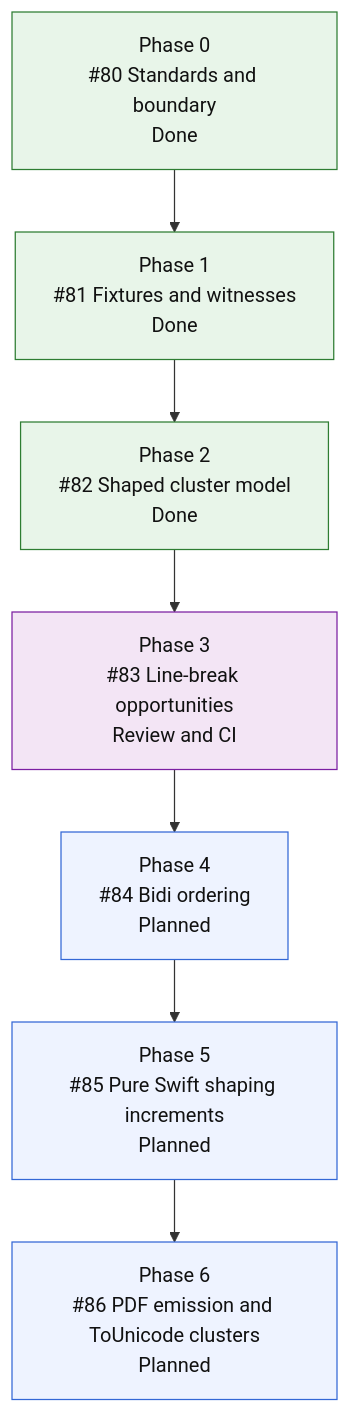
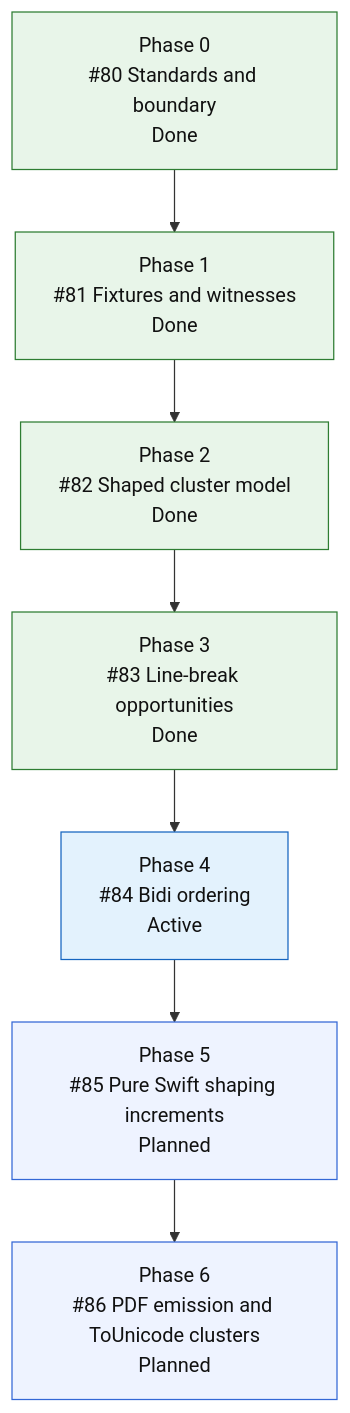
Before and after one commit to mihaelamj/MarkdownPDF: the fourth of 4 diagrams in README.md, drawn with Mermaid. The commit also changed 1 other file, not shown here.

Commit message:
docs(roadmap): start bidi issue

````diff
--- a/README.md
+++ b/README.md
@@ -300,21 +300,21 @@
 ```mermaid
 flowchart TD
     S0["Phase 0<br/>#80 Standards and boundary<br/>Done"]
     S1["Phase 1<br/>#81 Fixtures and witnesses<br/>Done"]
     S2["Phase 2<br/>#82 Shaped cluster model<br/>Done"]
-    S3["Phase 3<br/>#83 Line-break opportunities<br/>Review and CI"]
-    S4["Phase 4<br/>#84 Bidi ordering<br/>Planned"]
+    S3["Phase 3<br/>#83 Line-break opportunities<br/>Done"]
+    S4["Phase 4<br/>#84 Bidi ordering<br/>Active"]
     S5["Phase 5<br/>#85 Pure Swift shaping increments<br/>Planned"]
     S6["Phase 6<br/>#86 PDF emission and ToUnicode clusters<br/>Planned"]
 
     S0 --> S1 --> S2 --> S3 --> S4 --> S5 --> S6
 
     classDef done fill:#e8f5e9,stroke:#2e7d32,color:#111;
     classDef active fill:#e3f2fd,stroke:#1565c0,color:#111;
     classDef review fill:#f3e5f5,stroke:#7b1fa2,color:#111;
     classDef next fill:#fff8e1,stroke:#f9a825,color:#111;
     classDef todo fill:#eef3ff,stroke:#3367d6,color:#111;
-    class S0,S1,S2 done;
-    class S3 review;
-    class S4,S5,S6 todo;
+    class S0,S1,S2,S3 done;
+    class S4 active;
+    class S5,S6 todo;
 ```
````
